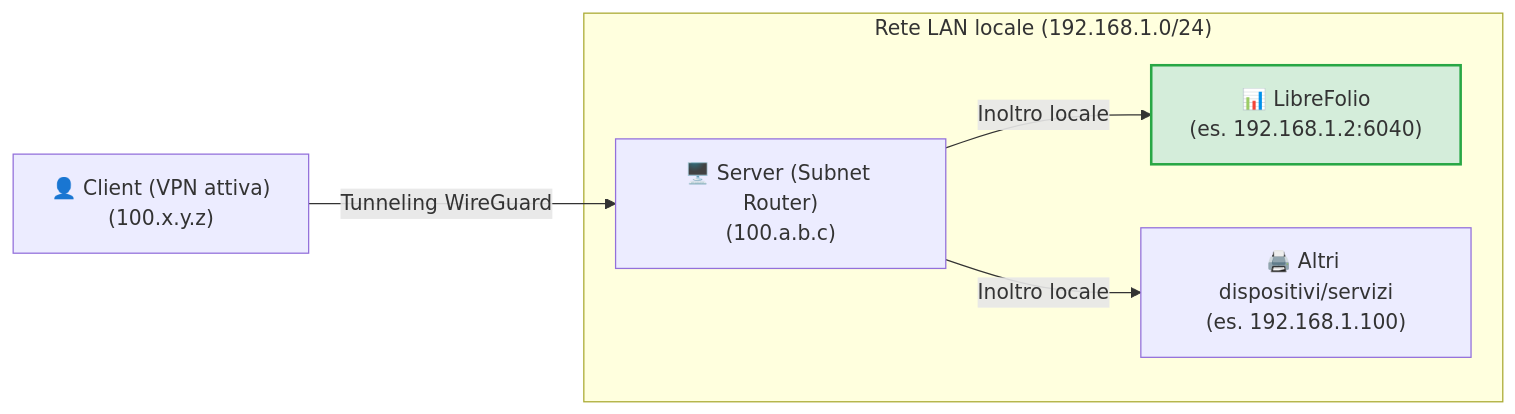
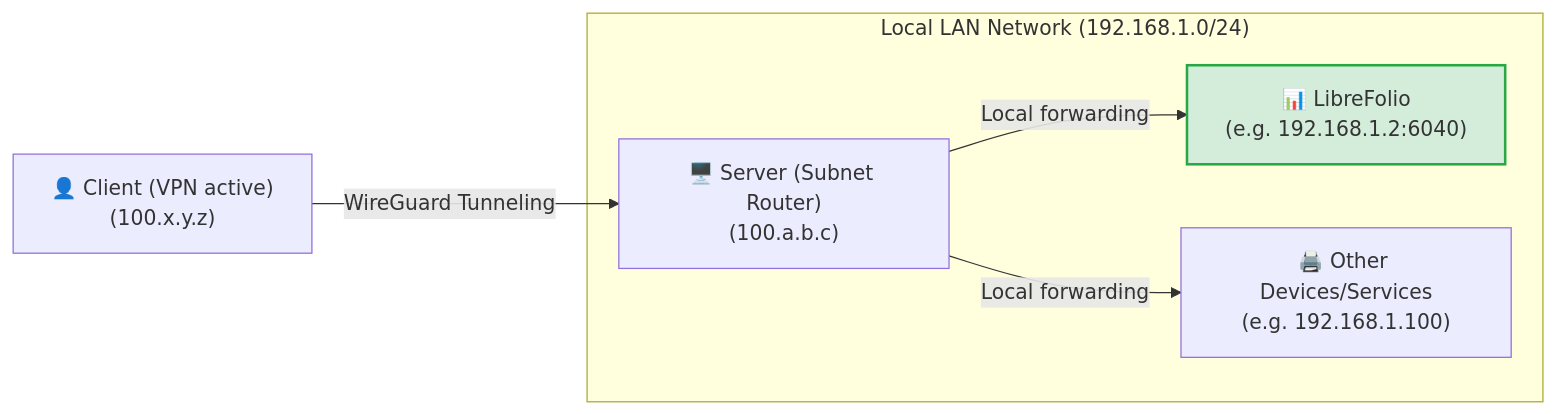
The third of 3 diagrams in mkdocs_src/docs/admin/service_exposure.it.md (Librefolio/LibreFolio), drawn with Mermaid before and after one commit. The commit also changed other lines of this file and 2 other files, not shown here.

````diff
--- a/mkdocs_src/docs/admin/service_exposure.it.md
+++ b/mkdocs_src/docs/admin/service_exposure.it.md
@@ -136,9 +140,9 @@
 ```mermaid
 graph LR
-    Client["👤 Client (VPN attiva)<br>(100.x.y.z)"] -->|Tunneling WireGuard| Server["🖥️ Server (Subnet Router)<br>(100.a.b.c)"]
-    subgraph LAN ["Rete LAN locale (192.168.1.0/24)"]
-        Server -->|Inoltro locale| LibreFolio["📊 LibreFolio<br>(es. 192.168.1.2:6040)"]
-        Server -->|Inoltro locale| OtherDevice["🖨️ Altri dispositivi/servizi<br>(es. 192.168.1.100)"]
+    Client["👤 Client (VPN active)<br>(100.x.y.z)"] -->|WireGuard Tunneling| Server["🖥️ Server (Subnet Router)<br>(100.a.b.c)"]
+    subgraph LAN ["Local LAN Network (192.168.1.0/24)"]
+        Server -->|Local forwarding| LibreFolio["📊 LibreFolio<br>(e.g. 192.168.1.2:6040)"]
+        Server -->|Local forwarding| OtherDevice["🖨️ Other Devices/Services<br>(e.g. 192.168.1.100)"]
     end
     style LibreFolio fill:#d4edda,stroke:#28a745,stroke-width:2px;
 ```
````
